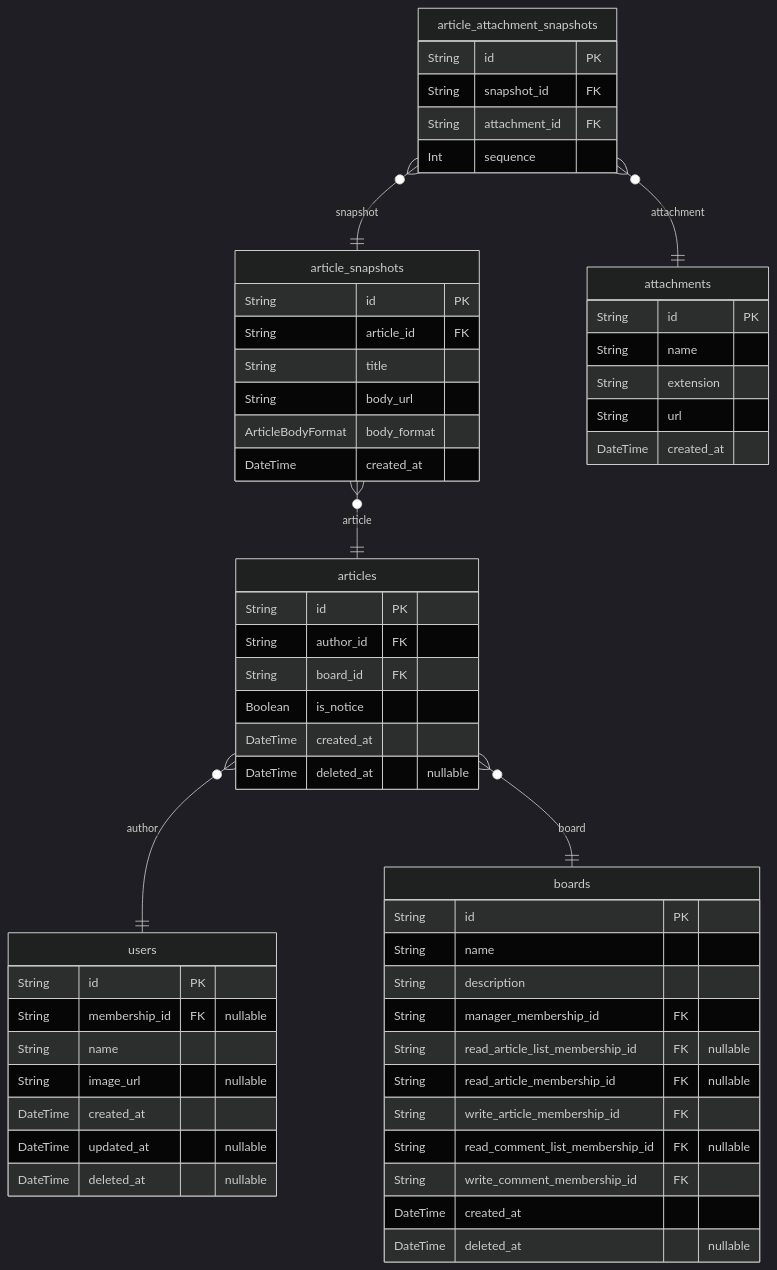
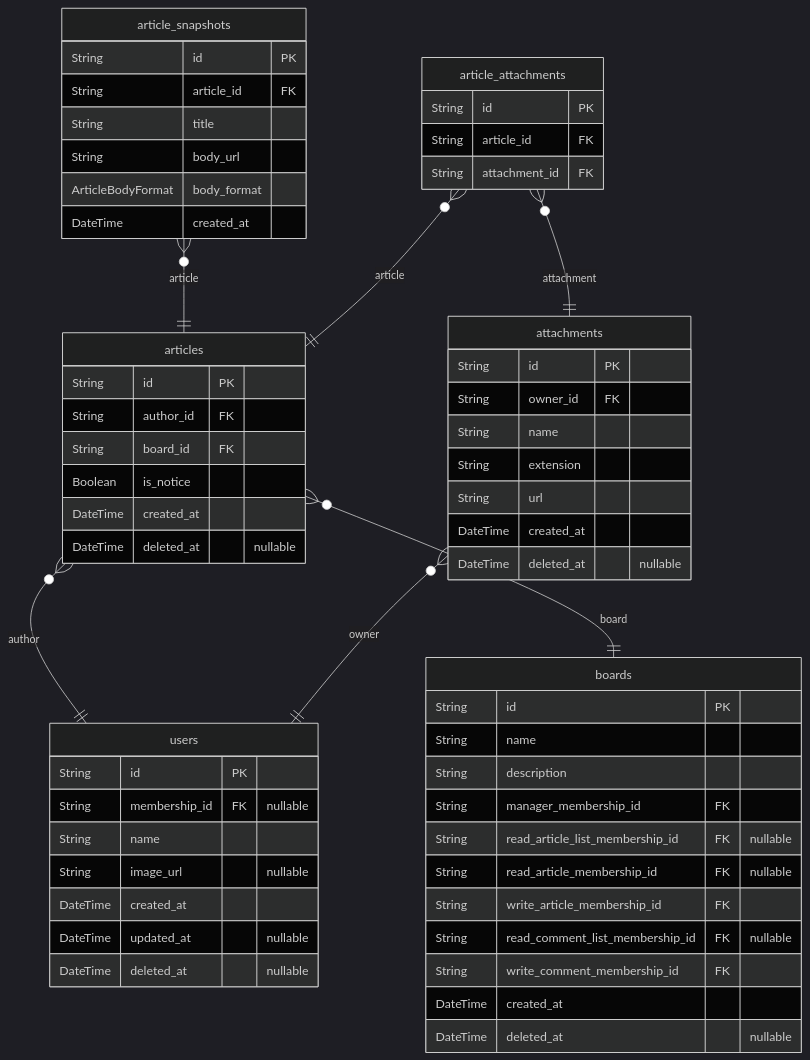
Before and after one commit to rojiwon123/bbs: the third of 5 diagrams in ERD.md, drawn with Mermaid (dark theme). The commit also changed other lines of this file and 5 other files, not shown here.

````diff
--- a/ERD.md
+++ b/ERD.md
@@ -522,59 +531,61 @@
 ```mermaid
 erDiagram
 "articles" {
     String id PK
     String author_id FK
     String board_id FK
     Boolean is_notice
     DateTime created_at
     DateTime deleted_at "nullable"
 }
 "article_snapshots" {
     String id PK
     String article_id FK
     String title
     String body_url
     ArticleBodyFormat body_format
     DateTime created_at
 }
-"article_attachment_snapshots" {
+"article_attachments" {
     String id PK
-    String snapshot_id FK
+    String article_id FK
     String attachment_id FK
-    Int sequence
 }
 "boards" {
     String id PK
     String name
     String description
     String manager_membership_id FK
     String read_article_list_membership_id FK "nullable"
     String read_article_membership_id FK "nullable"
     String write_article_membership_id FK
     String read_comment_list_membership_id FK "nullable"
     String write_comment_membership_id FK
     DateTime created_at
     DateTime deleted_at "nullable"
 }
 "attachments" {
     String id PK
+    String owner_id FK
     String name
     String extension
     String url
     DateTime created_at
+    DateTime deleted_at "nullable"
 }
 "users" {
     String id PK
     String membership_id FK "nullable"
     String name
     String image_url "nullable"
     DateTime created_at
     DateTime updated_at "nullable"
     DateTime deleted_at "nullable"
 }
 "articles" }o--|| "users" : author
 "articles" }o--|| "boards" : board
 "article_snapshots" }o--|| "articles" : article
-"article_attachment_snapshots" }o--|| "article_snapshots" : snapshot
-"article_attachment_snapshots" }o--|| "attachments" : attachment
+"article_attachments" }o--|| "articles" : article
+"article_attachments" }o--|| "attachments" : attachment
+"attachments" }o--|| "users" : owner
 ```
````
